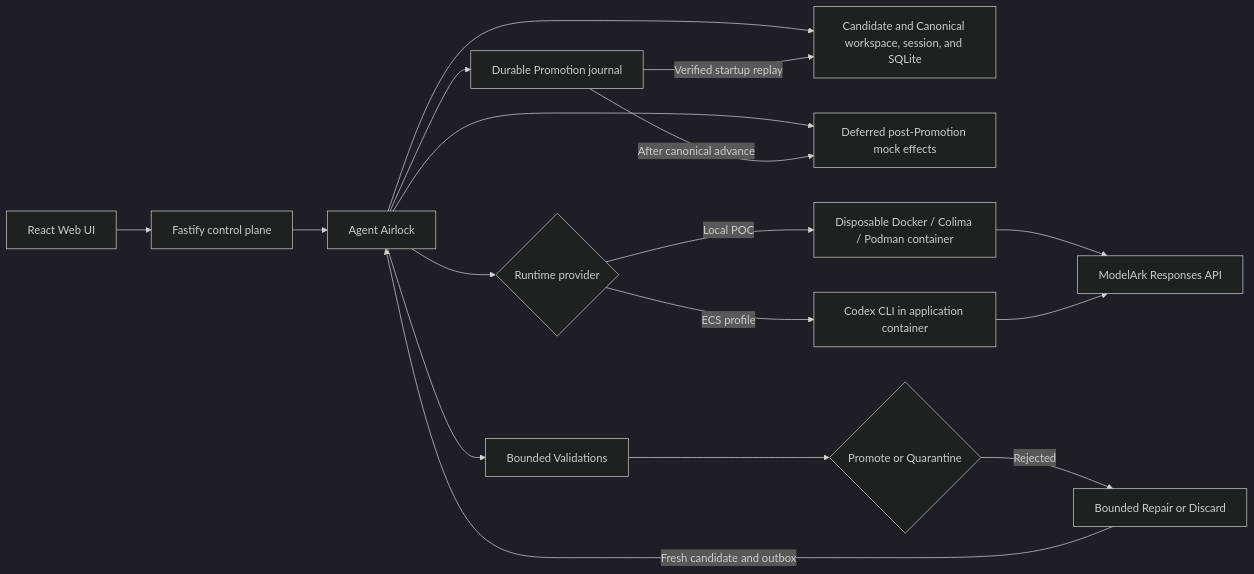
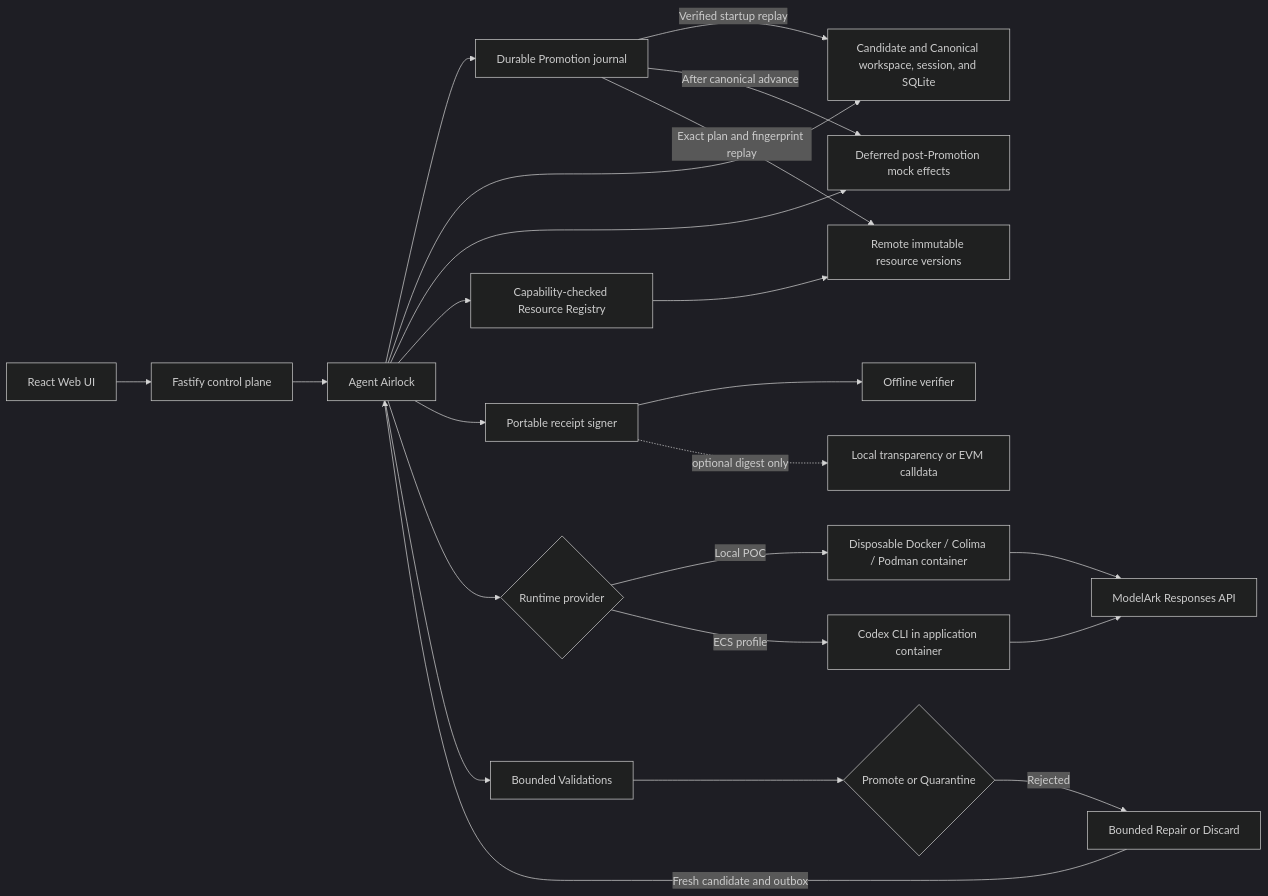
Before and after one commit to Kk120306/agent-airlock: the diagram in README.md, drawn with Mermaid (dark theme). The commit also changed other lines of this file and 178 other files, not shown here.

````diff
--- a/README.md
+++ b/README.md
@@ -260,19 +427,25 @@
 ```mermaid
 flowchart LR
     UI["React Web UI"] --> API["Fastify control plane"]
     API --> Airlock["Agent Airlock"]
     Airlock --> Journal["Durable Promotion journal"]
     Airlock --> Store["Candidate and Canonical workspace, session, and SQLite"]
     Airlock --> Effects["Deferred post-Promotion mock effects"]
+    Airlock --> Registry["Capability-checked Resource Registry"]
+    Airlock --> Receipt["Portable receipt signer"]
+    Receipt --> Verifier["Offline verifier"]
+    Receipt -. optional digest only .-> Transparency["Local transparency or EVM calldata"]
+    Registry --> Provider["Remote immutable resource versions"]
     Airlock --> Runtime{"Runtime provider"}
     Runtime -->|Local POC| Container["Disposable Docker / Colima / Podman container"]
     Runtime -->|ECS profile| Codex["Codex CLI in application container"]
     Airlock --> Validate["Bounded Validations"]
     Validate --> Decision{"Promote or Quarantine"}
     Decision -->|Rejected| Repair["Bounded Repair or Discard"]
     Journal -->|Verified startup replay| Store
     Journal -->|After canonical advance| Effects
+    Journal -->|Exact plan and fingerprint replay| Provider
     Repair -->|Fresh candidate and outbox| Airlock
     Container --> Ark["ModelArk Responses API"]
     Codex --> Ark
 ```
````
